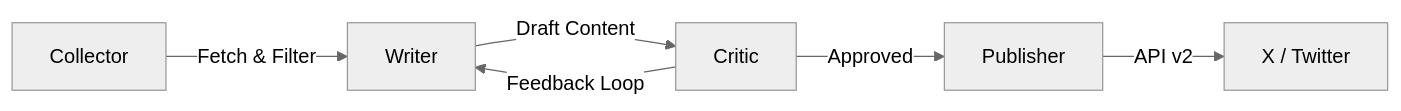
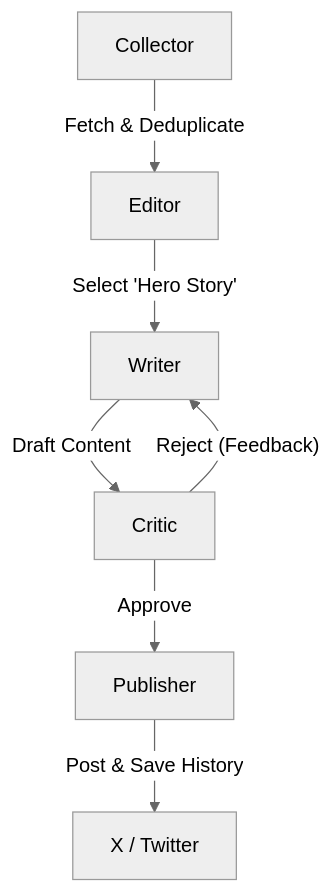
The diagram in README.md (pueraeternis/autonomous-content-agents), drawn with Mermaid (neutral theme) before and after one commit. The commit also changed other lines of this file and 1 other file, not shown here.

````diff
--- a/README.md
+++ b/README.md
@@ -19,8 +25,9 @@
 ```mermaid
-graph LR
-    A[Collector] -->|Fetch & Filter| B[Writer]
-    B -->|Draft Content| C[Critic]
-    C -->|Feedback Loop| B
-    C -->|Approved| D[Publisher]
-    D -->|API v2| E[X / Twitter]
+graph TD
+    A[Collector] -->|Fetch & Deduplicate| B[Editor]
+    B -->|Select 'Hero Story'| C[Writer]
+    C -->|Draft Content| D[Critic]
+    D -- Reject (Feedback) --> C
+    D -- Approve --> E[Publisher]
+    E -->|Post & Save History| F[X / Twitter]
 ```
````
